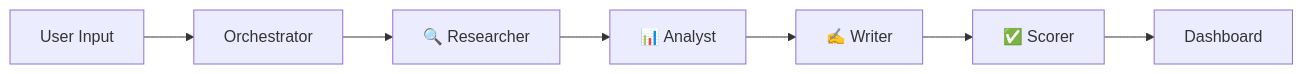
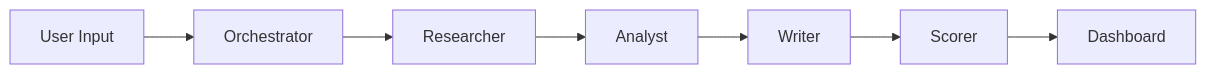
Before and after one commit to martin-minghetti/sdr-swarm: the diagram in README.md, drawn with Mermaid. The commit also changed other lines of this file, not shown here.

````diff
--- a/README.md
+++ b/README.md
@@ -13,9 +46,9 @@
 ```mermaid
 graph LR
     A[User Input] --> B[Orchestrator]
-    B --> C[🔍 Researcher]
-    C --> D[📊 Analyst]
-    D --> E[✍️ Writer]
-    E --> F[✅ Scorer]
+    B --> C[Researcher]
+    C --> D[Analyst]
+    D --> E[Writer]
+    E --> F[Scorer]
     F --> G[Dashboard]
 ```
````
